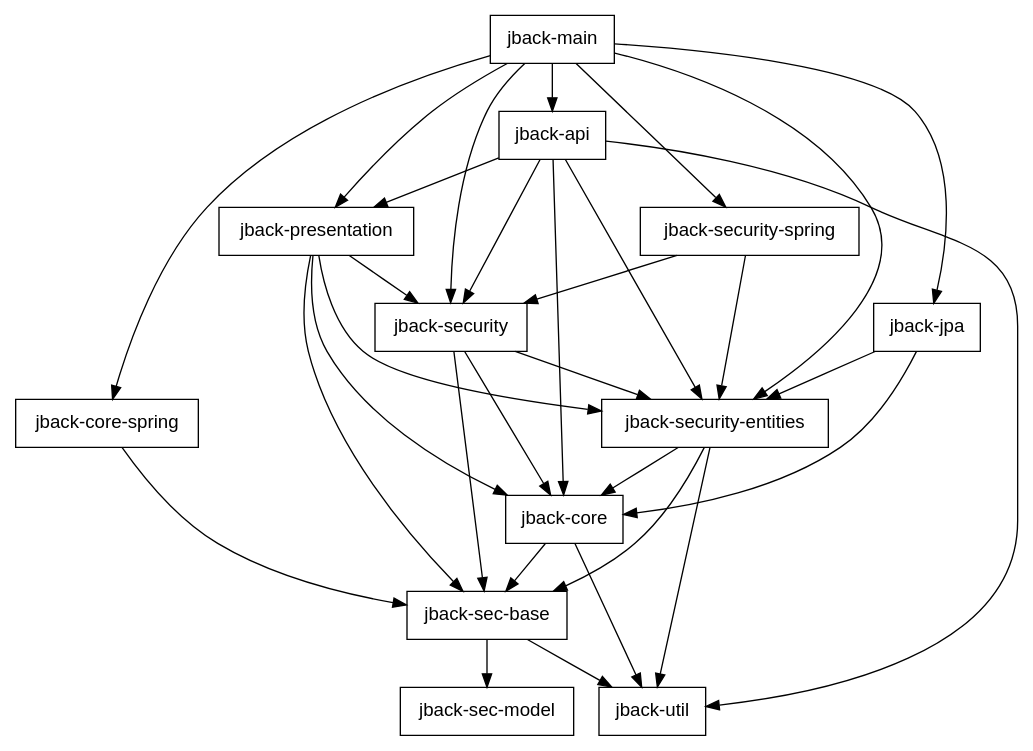
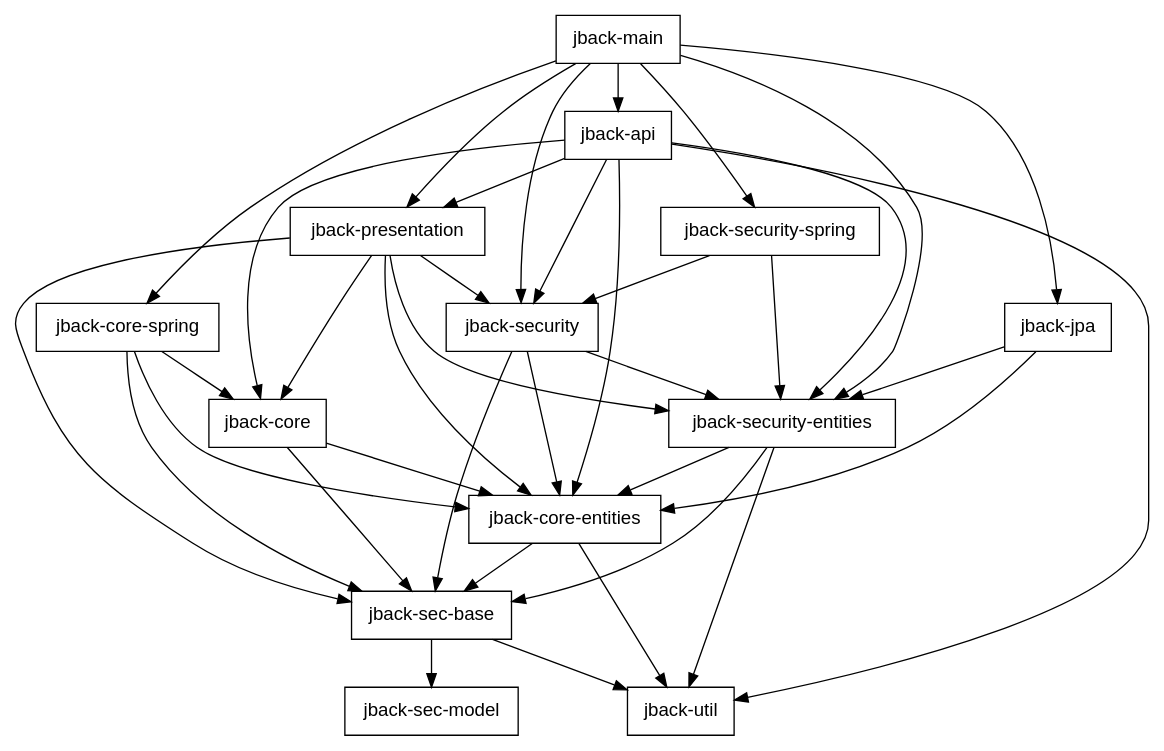
The diagram in graphviz/module-dependencies.dot (blaulaub/jback), drawn with Graphviz before and after one commit. The commit also changed 4 other files, not shown here.

Commit message:
make jpa independent from core

```diff
--- a/graphviz/module-dependencies.dot
+++ b/graphviz/module-dependencies.dot
@@ -1,36 +1,42 @@
 digraph G {
 
   node [ shape="box", fontname="helvetica" ];
 
   "jback-main" -> "jback-api";
   "jback-main" -> "jback-core-spring";
   "jback-main" -> "jback-jpa";
   "jback-main" -> "jback-presentation";
   "jback-main" -> "jback-security";
   "jback-main" -> "jback-security-entities";
   "jback-main" -> "jback-security-spring";
-  "jback-jpa" -> "jback-core";
+  "jback-jpa" -> "jback-core-entities";
   "jback-jpa" -> "jback-security-entities";
   "jback-api" -> "jback-core";
+  "jback-api" -> "jback-core-entities";
   "jback-api" -> "jback-presentation";
   "jback-api" -> "jback-security";
   "jback-api" -> "jback-security-entities";
   "jback-api" -> "jback-util";
   "jback-presentation" -> "jback-core";
+  "jback-presentation" -> "jback-core-entities";
   "jback-presentation" -> "jback-sec-base";
   "jback-presentation" -> "jback-security";
   "jback-presentation" -> "jback-security-entities";
-  "jback-security" -> "jback-core";
+  "jback-security" -> "jback-core-entities";
   "jback-security" -> "jback-sec-base";
   "jback-security" -> "jback-security-entities";
-  "jback-security-entities" -> "jback-core";
+  "jback-security-entities" -> "jback-core-entities";
   "jback-security-entities" -> "jback-sec-base";
   "jback-security-entities" -> "jback-util";
   "jback-security-spring" -> "jback-security";
   "jback-security-spring" -> "jback-security-entities";
+  "jback-core" -> "jback-core-entities";
   "jback-core" -> "jback-sec-base";
-  "jback-core" -> "jback-util";
+  "jback-core-entities" -> "jback-sec-base";
+  "jback-core-entities" -> "jback-util";
+  "jback-core-spring" -> "jback-core";
+  "jback-core-spring" -> "jback-core-entities";
   "jback-core-spring" -> "jback-sec-base";
   "jback-sec-base" -> "jback-sec-model";
   "jback-sec-base" -> "jback-util";
 }
```
